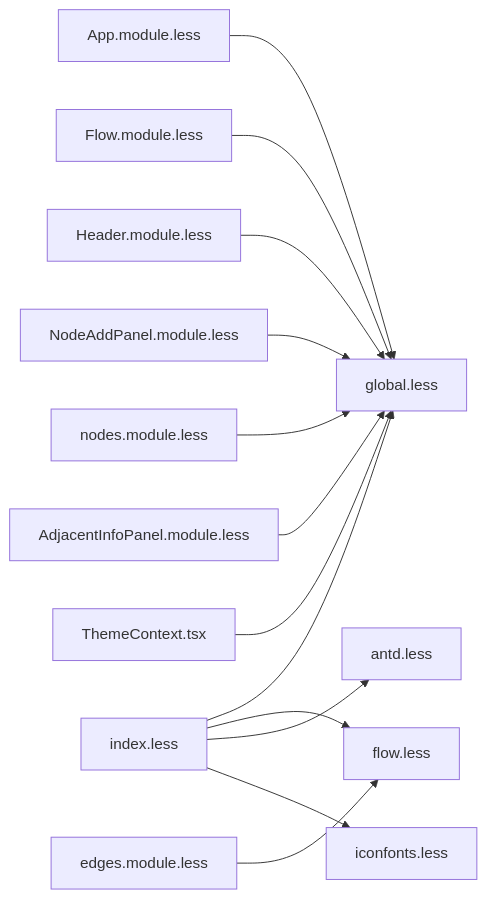
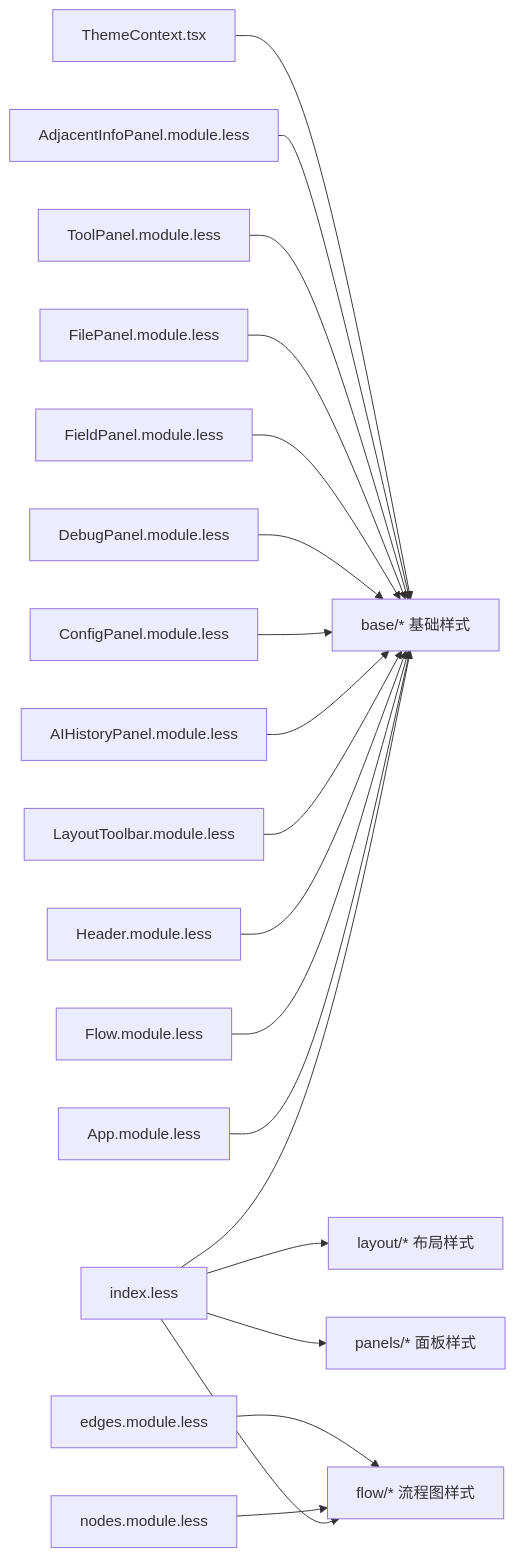
The sixth of 6 diagrams in .qoder/repowiki/zh/content/开发者指南/代码结构说明/前端架构设计/样式系统设计.md (kqcoxn/MaaPipelineEditor), drawn with Mermaid before and after one commit. The commit also changed other lines of this file and 19 other files, not shown here.

````diff
--- a/.qoder/repowiki/zh/content/开发者指南/代码结构说明/前端架构设计/样式系统设计.md
+++ b/.qoder/repowiki/zh/content/开发者指南/代码结构说明/前端架构设计/样式系统设计.md
@@ -287,15 +329,21 @@
 ```mermaid
 graph LR
-Index["index.less"] --> Global["global.less"]
-Index --> Flow["flow.less"]
-Index --> Antd["antd.less"]
-Index --> Icons["iconfonts.less"]
-App["App.module.less"] --> Global
-FlowComp["Flow.module.less"] --> Global
-Header["Header.module.less"] --> Global
-NodeAdd["NodeAddPanel.module.less"] --> Global
-Nodes["nodes.module.less"] --> Global
+Index["index.less"] --> Base["base/* 基础样式"]
+Index --> Flow["flow/* 流程图样式"]
+Index --> Layout["layout/* 布局样式"]
+Index --> Panels["panels/* 面板样式"]
+App["App.module.less"] --> Base
+FlowComp["Flow.module.less"] --> Base
+Header["Header.module.less"] --> Base
+LayoutToolbar["LayoutToolbar.module.less"] --> Base
+AIHistory["AIHistoryPanel.module.less"] --> Base
+ConfigPanel["ConfigPanel.module.less"] --> Base
+DebugPanel["DebugPanel.module.less"] --> Base
+FieldPanel["FieldPanel.module.less"] --> Base
+FilePanel["FilePanel.module.less"] --> Base
+ToolPanel["ToolPanel.module.less"] --> Base
+Nodes["nodes.module.less"] --> Flow
 Edges["edges.module.less"] --> Flow
-Adjacent["AdjacentInfoPanel.module.less"] --> Global
-Theme["ThemeContext.tsx"] --> Global
+Adjacent["AdjacentInfoPanel.module.less"] --> Base
+Theme["ThemeContext.tsx"] --> Base
 ```
````
